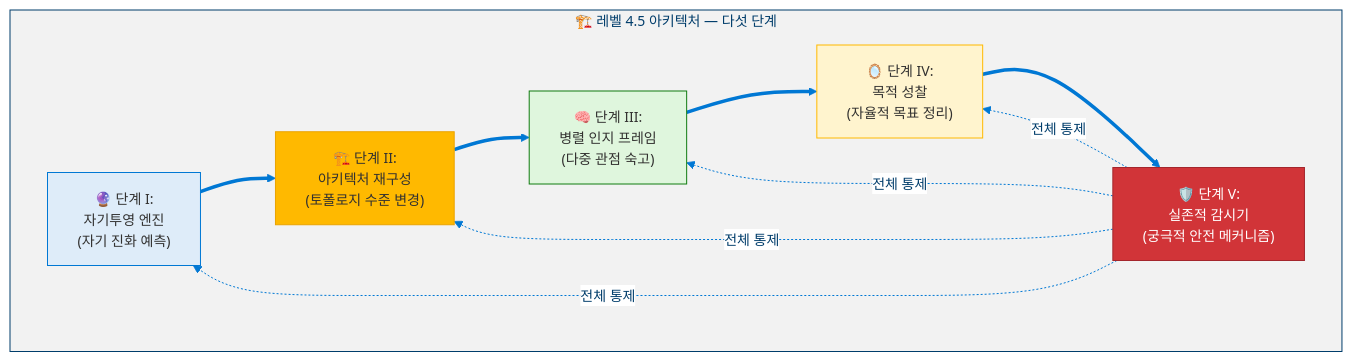
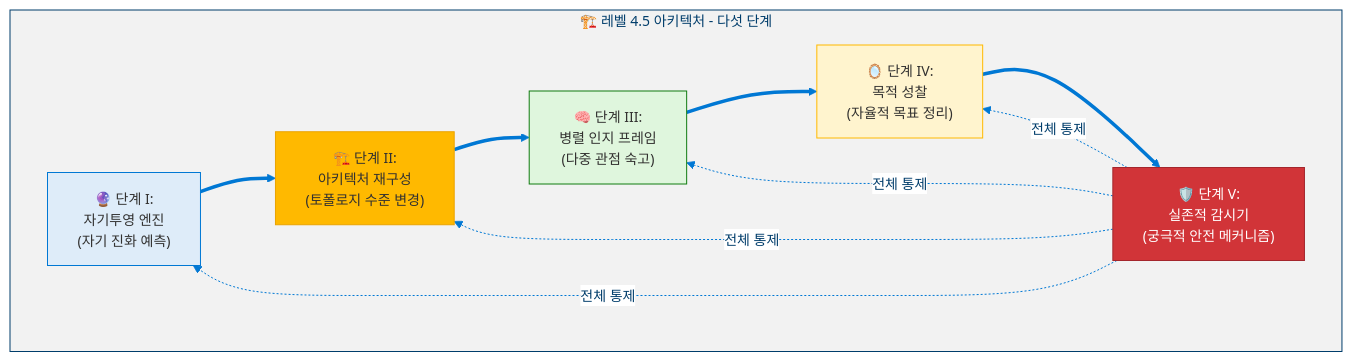
One commit to dotnetpower/mscp changed the second of 12 diagrams in docs/levels/Level_4_5_Self_Architecting.ko.md. Above: the diagram before and after it, drawn with Mermaid. The commit also changed other lines of this file and 26 other files, not shown here.

````diff
--- a/docs/levels/Level_4_5_Self_Architecting.ko.md
+++ b/docs/levels/Level_4_5_Self_Architecting.ko.md
@@ -95,27 +95,27 @@
 ```mermaid
 %%{init: {'theme': 'base', 'themeVariables': {'primaryColor': '#0078D4', 'primaryTextColor': '#003D6B', 'primaryBorderColor': '#003D6B', 'secondaryColor': '#50E6FF', 'secondaryTextColor': '#323130', 'secondaryBorderColor': '#00BCF2', 'tertiaryColor': '#F2F2F2', 'tertiaryTextColor': '#323130', 'lineColor': '#0078D4', 'textColor': '#323130', 'mainBkg': '#DEECF9', 'nodeBorder': '#0078D4', 'clusterBkg': '#F2F2F2', 'clusterBorder': '#003D6B', 'titleColor': '#003D6B', 'edgeLabelBackground': '#FFFFFF', 'fontSize': '14px'}}}%%
 flowchart TD
   classDef projection fill:#DEECF9,stroke:#0078D4,color:#323130
   classDef recomp fill:#FFB900,stroke:#EAA300,color:#323130
   classDef frames fill:#DFF6DD,stroke:#107C10,color:#323130
   classDef purpose fill:#FFF4CE,stroke:#FFB900,color:#323130
   classDef guard fill:#D13438,stroke:#A4262C,color:#FFF
 
-  subgraph Phases["🏗️ 레벨 4.5 아키텍처 — 다섯 단계"]
+  subgraph Phases["🏗️ 레벨 4.5 아키텍처 - 다섯 단계"]
     P1["🔮 단계 I:<br/>자기투영 엔진<br/>(자기 진화 예측)"]:::projection
     P2["🏗️ 단계 II:<br/>아키텍처 재구성<br/>(토폴로지 수준 변경)"]:::recomp
     P3["🧠 단계 III:<br/>병렬 인지 프레임<br/>(다중 관점 숙고)"]:::frames
     P4["🪞 단계 IV:<br/>목적 성찰<br/>(자율적 목표 정리)"]:::purpose
     P5["🛡️ 단계 V:<br/>실존적 감시기<br/>(궁극적 안전 메커니즘)"]:::guard
 
     P1 ==> P2
     P2 ==> P3
     P3 ==> P4
     P4 ==> P5
   end
 
   P5 -.->|"전체 통제"| P1
   P5 -.->|"전체 통제"| P2
   P5 -.->|"전체 통제"| P3
   P5 -.->|"전체 통제"| P4
 ```
````
